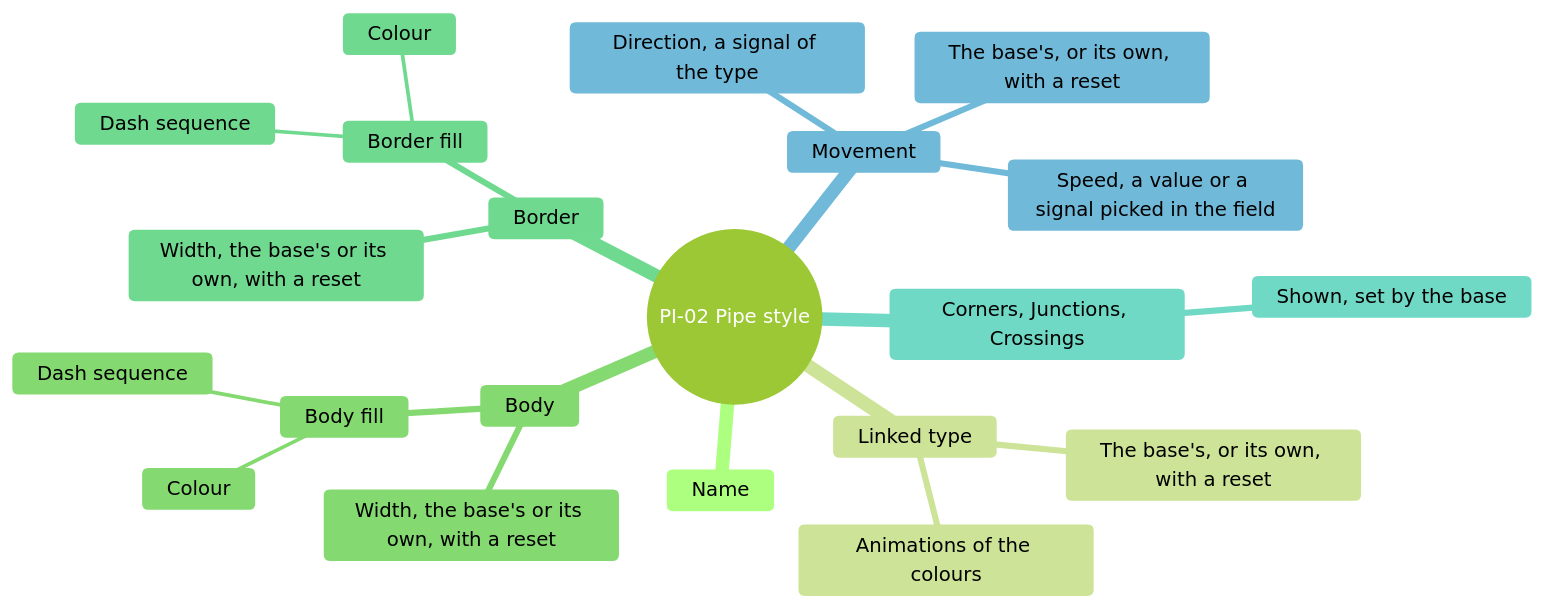
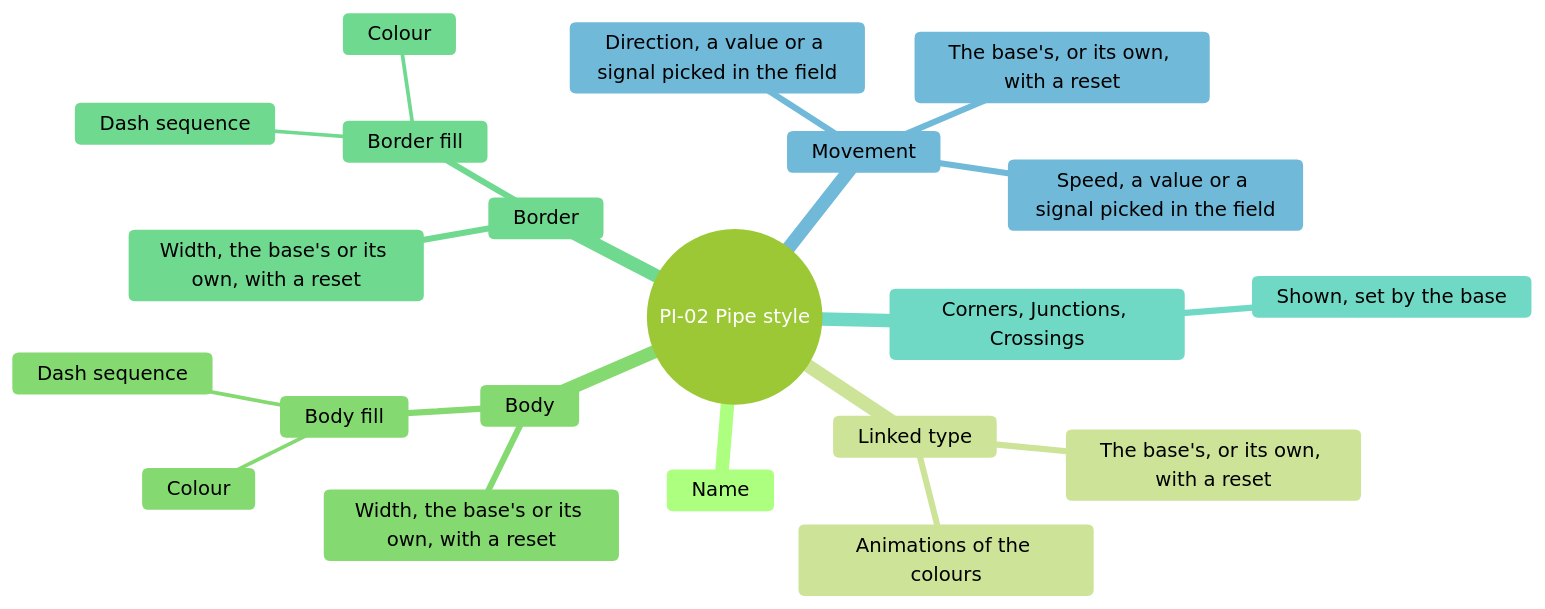
Before and after one commit to AlexandreGallais/synoptic-studio-spec: the fourth of 9 diagrams in screens/pipes.md, drawn with Mermaid (forest theme). The commit also changed other lines of this file and 3 other files, not shown here.

````diff
--- a/screens/pipes.md
+++ b/screens/pipes.md
@@ -94,24 +96,24 @@
 ```mermaid
 mindmap
   root((PI-02 Pipe style))
     Name
     Linked type
       The base's, or its own, with a reset
       Animations of the colours
     Body
       Width, the base's or its own, with a reset
       Body fill
         Colour
         Dash sequence
     Border
       Width, the base's or its own, with a reset
       Border fill
         Colour
         Dash sequence
     Corners, Junctions, Crossings
       Shown, set by the base
     Movement
       The base's, or its own, with a reset
-      Direction, a signal of the type
+      Direction, a value or a signal picked in the field
       Speed, a value or a signal picked in the field
 ```
````
